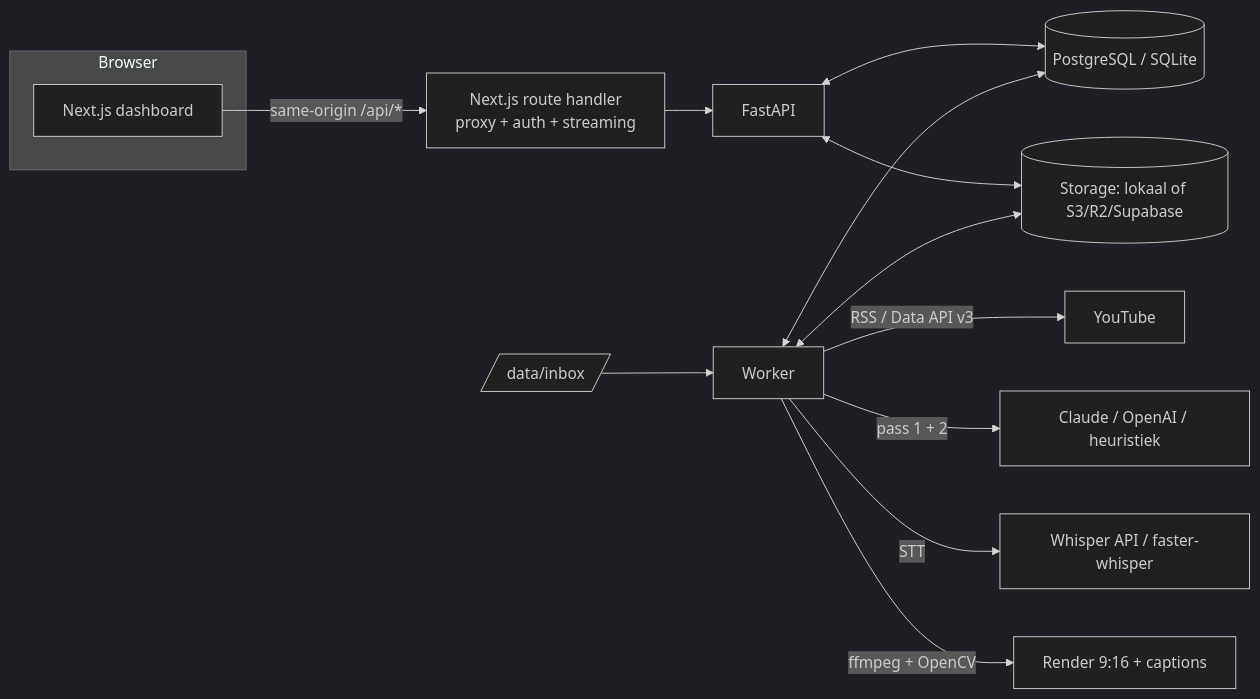
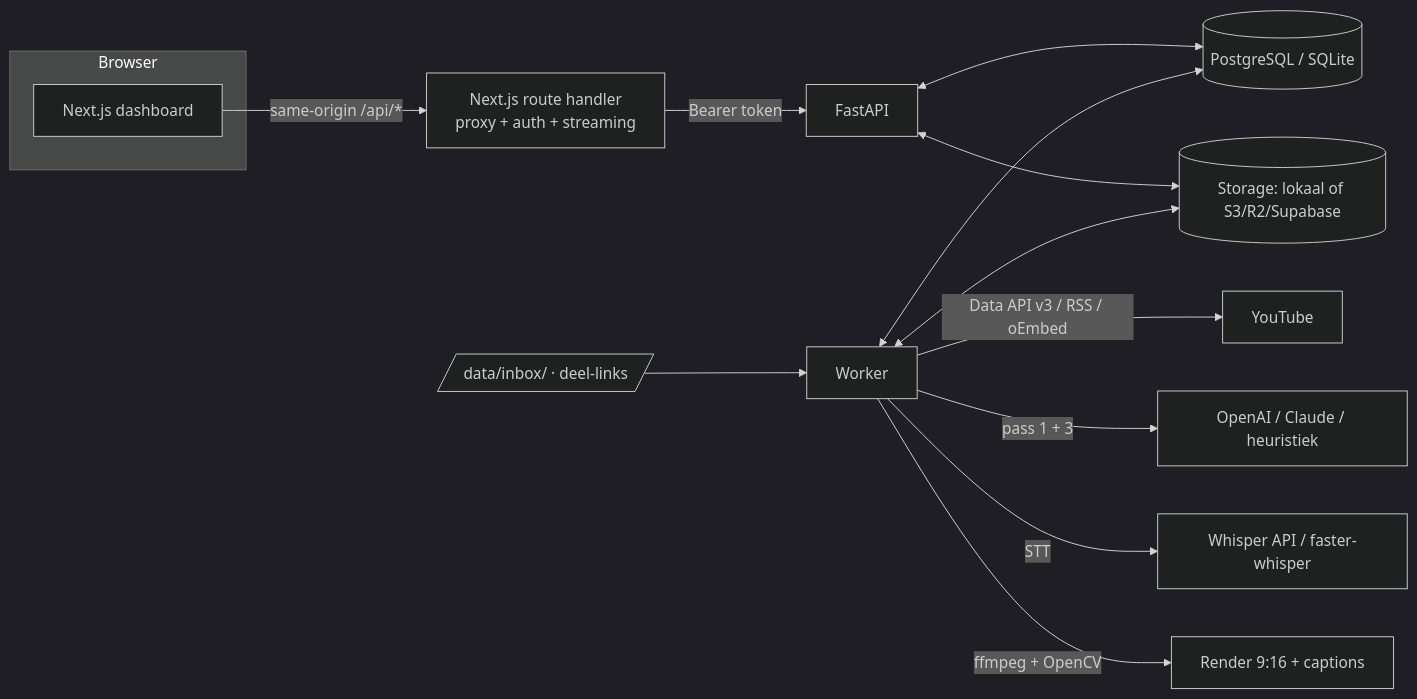
The diagram in README.md (karstenhiemstra/viral-clip-ai), drawn with Mermaid (dark theme) before and after one commit. The commit also changed other lines of this file and 49 other files, not shown here.

````diff
--- a/README.md
+++ b/README.md
@@ -58,17 +250,17 @@
 ```mermaid
 flowchart LR
   subgraph Browser
     UI[Next.js dashboard]
   end
   UI -- same-origin /api/* --> PX[Next.js route handler<br/>proxy + auth + streaming]
-  PX --> API[FastAPI]
+  PX -- Bearer token --> API[FastAPI]
   API <--> DB[(PostgreSQL / SQLite)]
   API <--> ST[(Storage: lokaal of S3/R2/Supabase)]
   W[Worker] <--> DB
   W <--> ST
-  W -- RSS / Data API v3 --> YT[YouTube]
-  W -- pass 1 + 2 --> LLM[Claude / OpenAI / heuristiek]
+  W -- Data API v3 / RSS / oEmbed --> YT[YouTube]
+  W -- pass 1 + 3 --> LLM[OpenAI / Claude / heuristiek]
   W -- STT --> STT[Whisper API / faster-whisper]
   W -- ffmpeg + OpenCV --> R[Render 9:16 + captions]
-  INBOX[/data/inbox/] --> W
+  INBOX[/data/inbox/ · deel-links/] --> W
 ```
````
